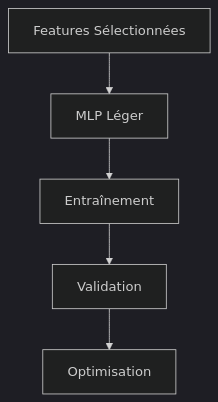
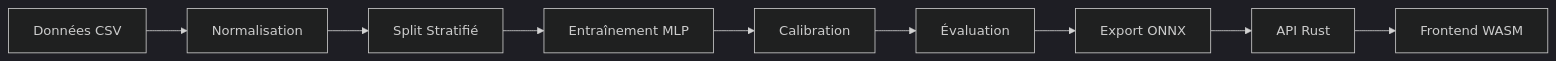
One commit to rustnew/machine_learning_enspd changed the diagram in README.md. Above: the diagram before and after it, drawn with Mermaid (dark theme). The commit also changed other lines of this file, not shown here.

````diff
--- a/README.md
+++ b/README.md
@@ -69,7 +73,11 @@
 ```mermaid
-graph TD
-    A[Features Sélectionnées] --> B[MLP Léger]
-    B --> C[Entraînement]
-    C --> D[Validation]
-    D --> E[Optimisation]
+graph LR
+    A[Données CSV] --> B[Normalisation]
+    B --> C[Split Stratifié]
+    C --> D[Entraînement MLP]
+    D --> E[Calibration]
+    E --> F[Évaluation]
+    F --> G[Export ONNX]
+    G --> H[API Rust]
+    H --> I[Frontend WASM]
 ```
````
